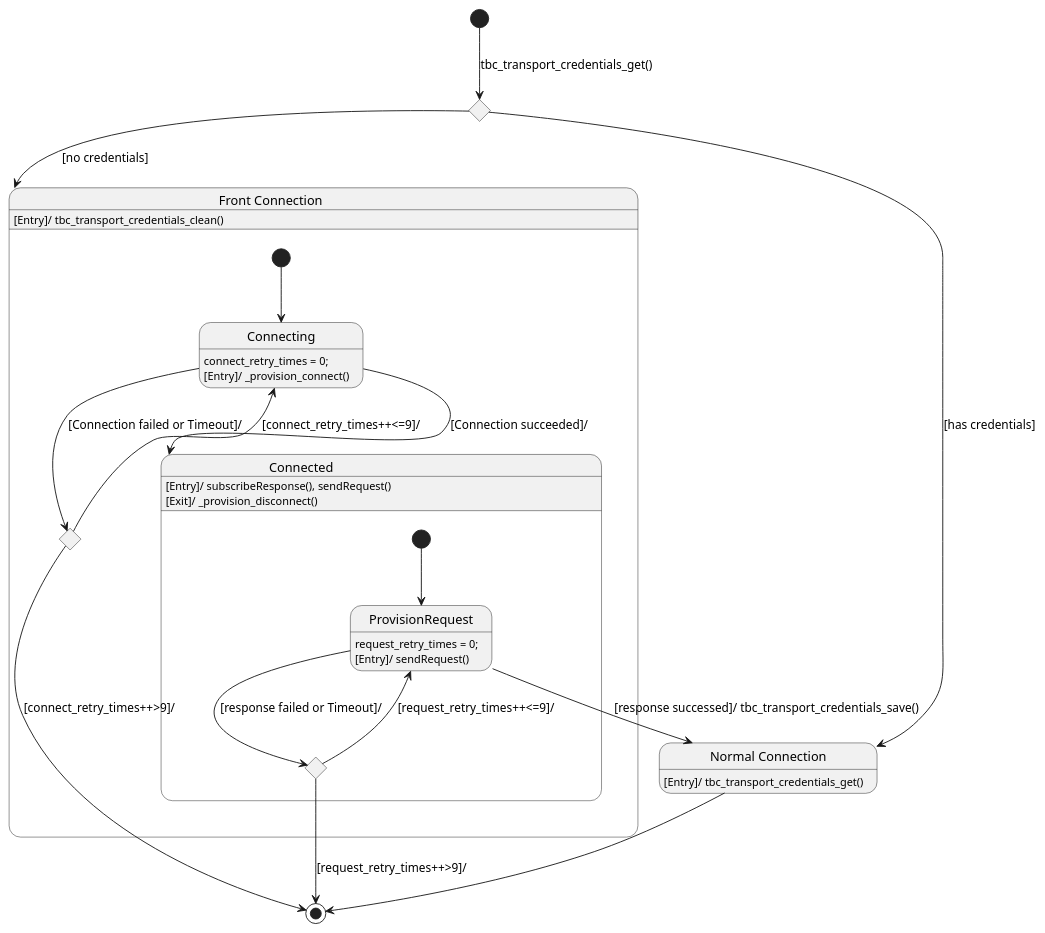
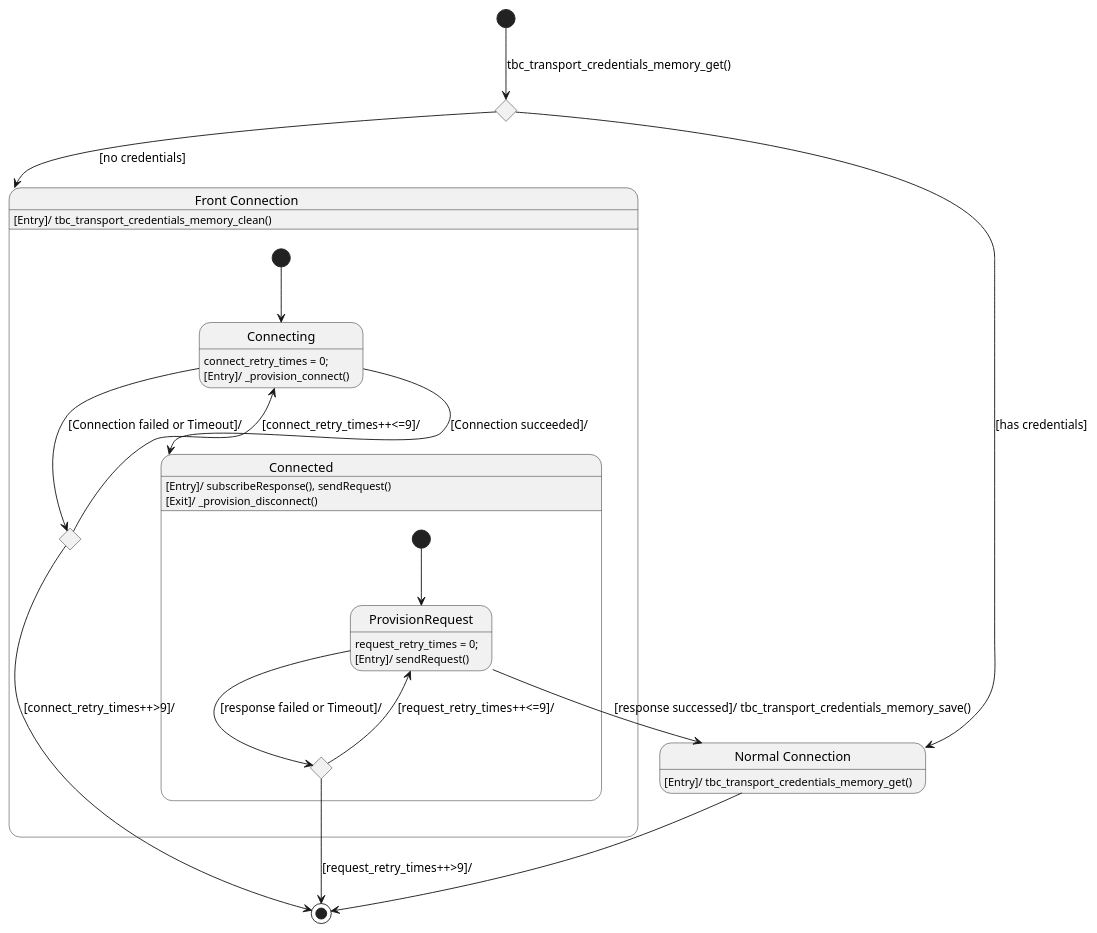
One commit to liang-zhu-zi/esp32-thingsboard-mqtt-client changed the diagram in docs/source/concepts/provision.md. Above: the diagram before and after it, drawn with PlantUML. The commit also changed 48 other files, not shown here.

````diff
--- a/docs/source/concepts/provision.md
+++ b/docs/source/concepts/provision.md
@@ -10,44 +10,44 @@
 ```plantuml
 
 state "checkCredentials" as checkCredentials <<choice>>
 state "Front Connection" as FrontConn {
     state "Connecting" as Connecting
     state "CheckRetryConnTimes" as CheckRetryConnTimes <<choice>>
     state "Connected" as Connected {
         state "ProvisionRequest" as ProvisionRequest
         state "CheckRetryRequestTimes" as CheckRetryRequestTimes <<choice>>
         [*] --> ProvisionRequest
     }
     [*] --> Connecting
 }
 state "Normal Connection" as NormalConn
 
-[*] --> checkCredentials : tbc_transport_credentials_get()
+[*] --> checkCredentials : tbc_transport_credentials_memory_get()
 
 checkCredentials --> FrontConn : [no credentials]
 checkCredentials --> NormalConn : [has credentials]
 
-FrontConn : [Entry]/ tbc_transport_credentials_clean()
+FrontConn : [Entry]/ tbc_transport_credentials_memory_clean()
 
     Connecting: connect_retry_times = 0;
     Connecting: [Entry]/ _provision_connect()
     Connecting --> Connected: [Connection succeeded]/
     Connecting --> CheckRetryConnTimes: [Connection failed or Timeout]/
 
     CheckRetryConnTimes --> Connecting : [connect_retry_times++<=9]/
     CheckRetryConnTimes --> [*] : [connect_retry_times++>9]/
 
     Connected : [Entry]/ subscribeResponse(), sendRequest()
     Connected : [Exit]/ _provision_disconnect()
 
         ProvisionRequest: request_retry_times = 0;
         ProvisionRequest: [Entry]/ sendRequest()
-        ProvisionRequest --> NormalConn : [response successed]/ tbc_transport_credentials_save()
+        ProvisionRequest --> NormalConn : [response successed]/ tbc_transport_credentials_memory_save()
         ProvisionRequest --> CheckRetryRequestTimes: [response failed or Timeout]/
 
         CheckRetryRequestTimes --> ProvisionRequest : [request_retry_times++<=9]/
         CheckRetryRequestTimes --> [*] : [request_retry_times++>9]/
 
-NormalConn : [Entry]/ tbc_transport_credentials_get()
+NormalConn : [Entry]/ tbc_transport_credentials_memory_get()
 NormalConn --> [*]
 ```
````
